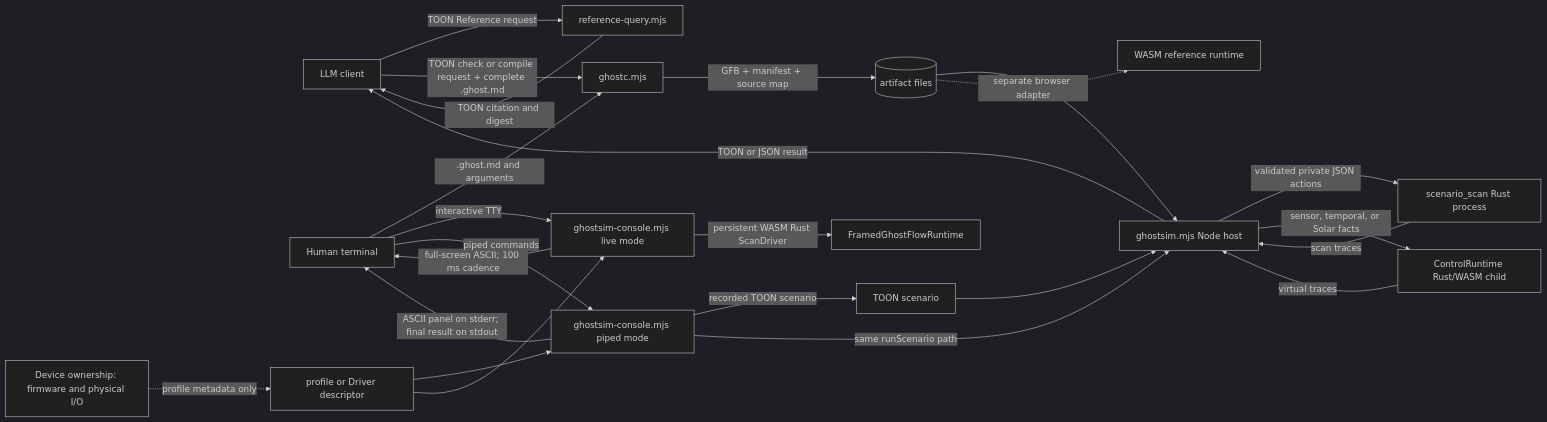
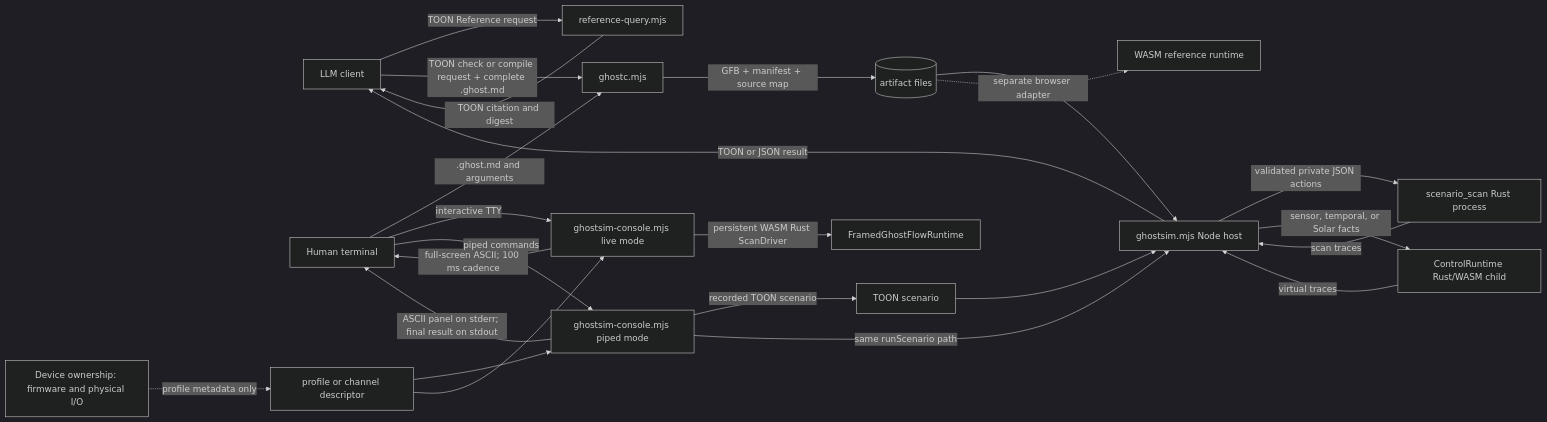
The first of 4 diagrams in docs/LLM-TOOLCHAIN-ARCHITECTURE.md (callin2/ghostflow-language), drawn with Mermaid (dark theme) before and after one commit. The commit also changed other lines of this file and 87 other files, not shown here.

````diff
--- a/docs/LLM-TOOLCHAIN-ARCHITECTURE.md
+++ b/docs/LLM-TOOLCHAIN-ARCHITECTURE.md
@@ -9,26 +9,26 @@
 ```mermaid
 flowchart LR
   LLM[LLM client] -->|TOON Reference request| R[reference-query.mjs]
   R -->|TOON citation and digest| LLM
   LLM -->|TOON check or compile request + complete .ghost.md| C[ghostc.mjs]
   Human[Human terminal] -->|.ghost.md and arguments| C
   C -->|GFB + manifest + source map| A[(artifact files)]
   A --> S[ghostsim.mjs Node host]
   Scenario[TOON scenario] --> S
   S -->|validated private JSON actions| Native[scenario_scan Rust process]
   Native -->|scan traces| S
   S -->|sensor, temporal, or Solar facts| SimWasm[ControlRuntime Rust/WASM child]
   SimWasm -->|virtual traces| S
   S -->|TOON or JSON result| LLM
   Human -->|interactive TTY| Live[ghostsim-console.mjs live mode]
   Live -->|persistent WASM Rust ScanDriver| Core[FramedGhostFlowRuntime]
   Live -->|full-screen ASCII; 100 ms cadence| Human
   Human -->|piped commands| Console[ghostsim-console.mjs piped mode]
-  Profile[profile or Driver descriptor] --> Console
+  Profile[profile or channel descriptor] --> Console
   Profile --> Live
   Console -->|recorded TOON scenario| Scenario
   Console -->|same runScenario path| S
   Console -->|ASCII panel on stderr; final result on stdout| Human
   A -. separate browser adapter .-> WASM[WASM reference runtime]
   Device[Device ownership: firmware and physical I/O] -. profile metadata only .-> Profile
 ```
````
